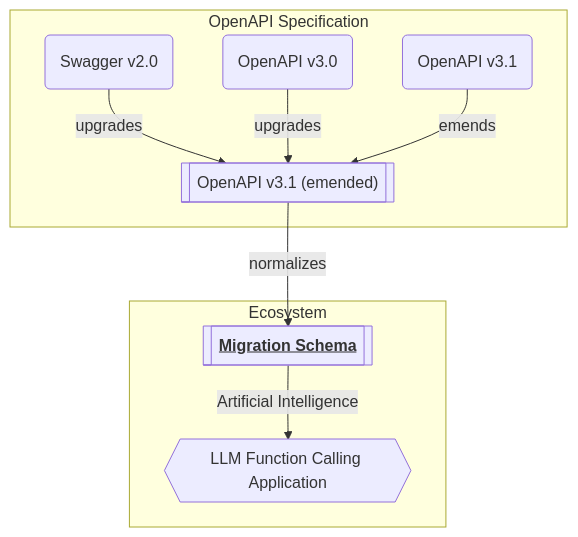
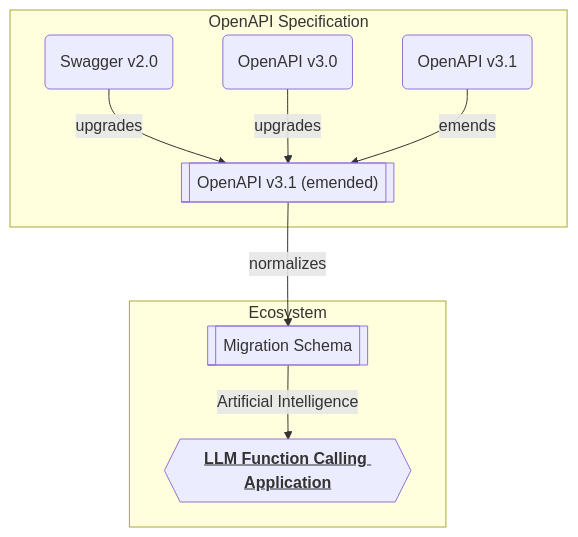
The third of 3 diagrams in README.md (samchon/openapi), drawn with Mermaid before and after one commit. The commit also changed other lines of this file, not shown here.

Commit message:
README styling.

````diff
--- a/README.md
+++ b/README.md
@@ -189,12 +189,12 @@
 ```mermaid
 flowchart
   subgraph "OpenAPI Specification"
     v20("Swagger v2.0") --upgrades--> emended[["OpenAPI v3.1 (emended)"]]
     v30("OpenAPI v3.0") --upgrades--> emended
     v31("OpenAPI v3.1") --emends--> emended
   end
   subgraph "Ecosystem"
-    emended --normalizes--> migration[["<b><u>Migration Schema</u></b>"]]
-    migration --"Artificial Intelligence"--> lfc{{"LLM Function Calling Application"}}
+    emended --normalizes--> migration[["Migration Schema"]]
+    migration --"Artificial Intelligence"--> lfc{{"<b><u>LLM Function Calling Application</b></u>"}}
   end
 ```
````
